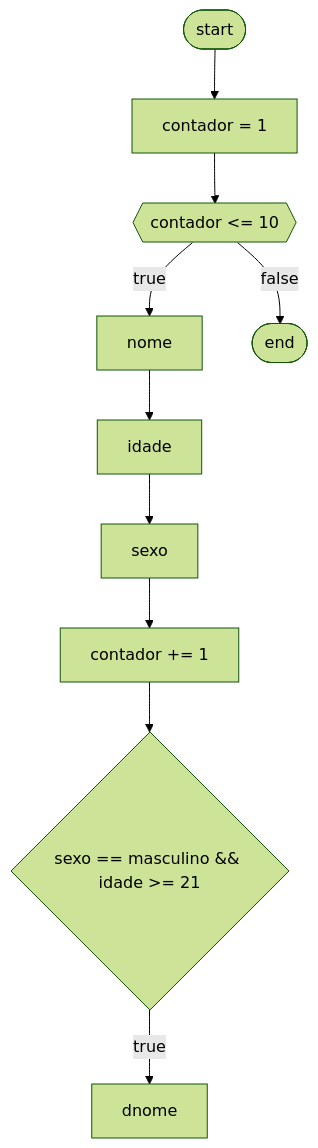
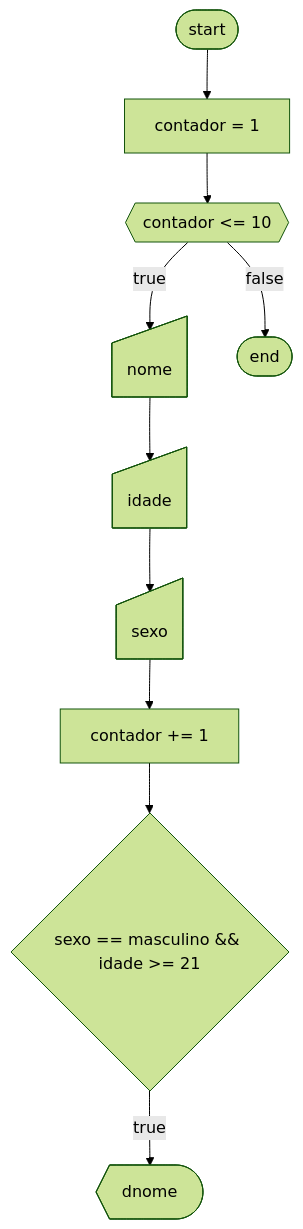
The first of 3 diagrams in Parte-3/README.md (kf-martins-uel/algoritmos-atividade1), drawn with Mermaid (forest theme) before and after one commit. The commit also changed other lines of this file and 10 other files, not shown here.

````diff
--- a/Parte-3/README.md
+++ b/Parte-3/README.md
@@ -72,6 +75,6 @@
     ```mermaid
     flowchart TB
-            start([start]) --> contador["contador = 1"] --> for{{contador <= 10}} -->|true| nome@{shape:manual-input} --> idade@{shape:manual-input} --> sexo@{shape:manual-input} --> i["contador += 1"]
-            i --> if{"sexo == masculino && idade >= 21"} -->|true| dnome@{shape:display, label:"nome"}
+            start([start]) --> contador["contador = 1"] --> for{{contador <= 10}} -->|true| nome@{shape: manual-input} --> idade@{shape: manual-input} --> sexo@{shape: manual-input} --> i["contador += 1"]
+            i --> if{"sexo == masculino && idade >= 21"} -->|true| dnome@{shape: display, label:"nome"}
             for -->|false| fim([end])
     ```
````
